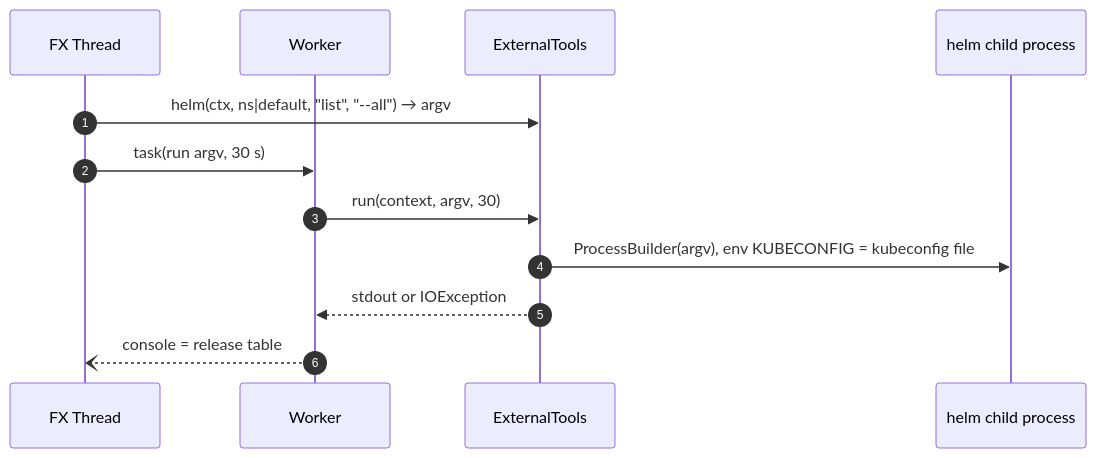
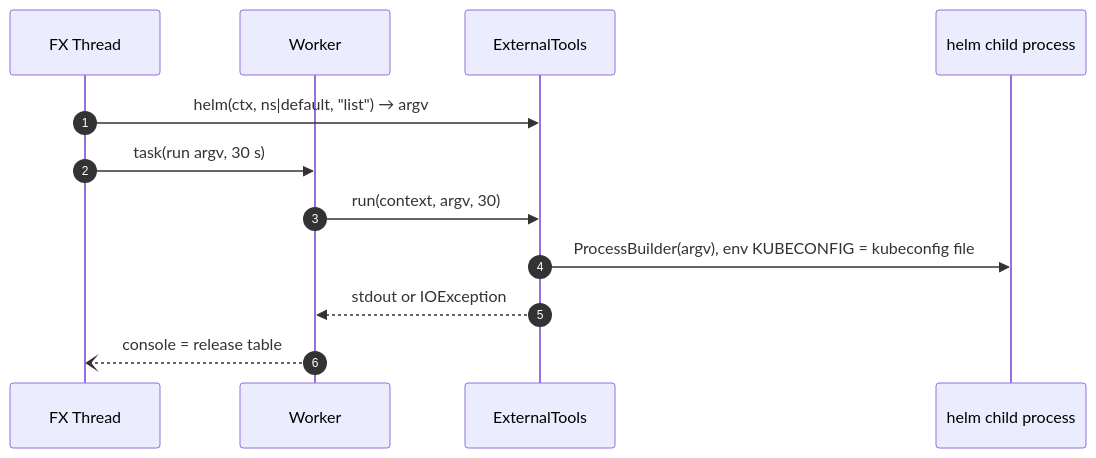
One commit to kotenev/JKubeTerm changed diagram 12 of 13 in docs/architecture/data-flow.md. Above: the diagram before and after it, drawn with Mermaid. The commit also changed 13 other files, not shown here.

````diff
--- a/docs/architecture/data-flow.md
+++ b/docs/architecture/data-flow.md
@@ -257,14 +257,14 @@
 ```mermaid
 sequenceDiagram
   autonumber
   participant FX as FX Thread
   participant W as Worker
   participant ET as ExternalTools
   participant H as helm child process
-  FX->>ET: helm(ctx, ns|default, "list", "--all") → argv
+  FX->>ET: helm(ctx, ns|default, "list") → argv
   FX->>W: task(run argv, 30 s)
   W->>ET: run(context, argv, 30)
   ET->>H: ProcessBuilder(argv), env KUBECONFIG = kubeconfig file
   ET-->>W: stdout or IOException
   W--)FX: console = release table
 ```
````
